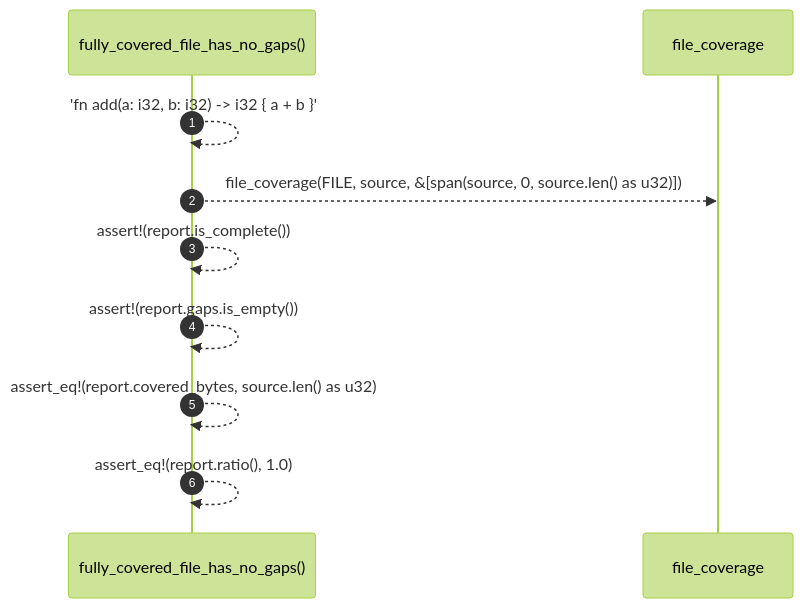
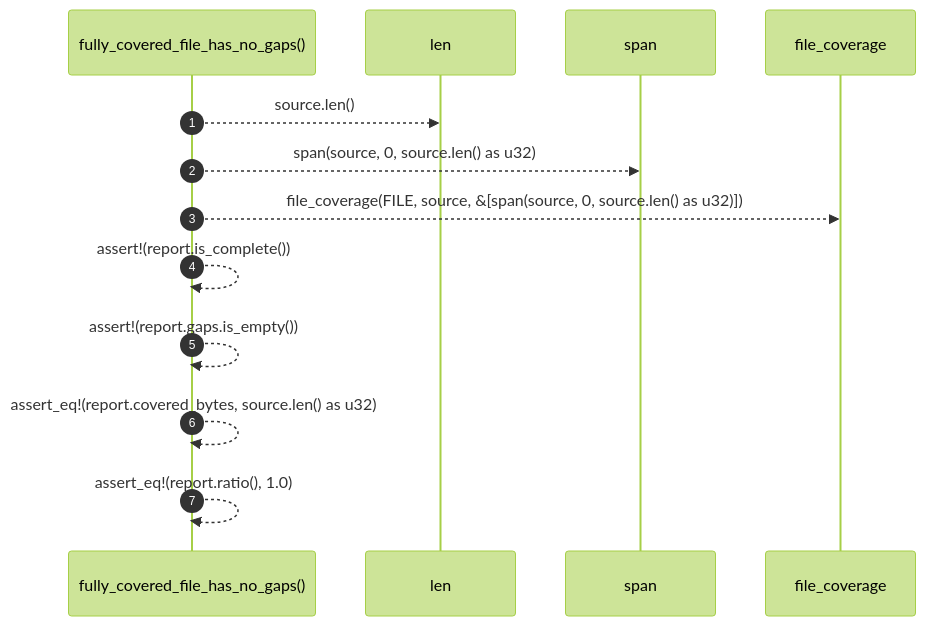
Before and after one commit to RyanGuild/self-describing-code: the diagram in docs/self-model/robby_ir/test_coverage/fully-covered-file-has-no-gaps.md, drawn with Mermaid (forest theme). The commit also changed other lines of this file and 1404 other files, not shown here.

````diff
--- a/docs/self-model/robby_ir/test_coverage/fully-covered-file-has-no-gaps.md
+++ b/docs/self-model/robby_ir/test_coverage/fully-covered-file-has-no-gaps.md
@@ -25,12 +25,15 @@
 ```mermaid
 sequenceDiagram
     autonumber
     participant fully_covered_file_has_no_gaps as fully_covered_file_has_no_gaps()
+    participant len as len
+    participant span as span
     participant file_coverage as file_coverage
-    fully_covered_file_has_no_gaps-->>fully_covered_file_has_no_gaps: 'fn add(a: i32, b: i32) -> i32 { a + b }'
+    fully_covered_file_has_no_gaps-->>len: source.len()
+    fully_covered_file_has_no_gaps-->>span: span(source, 0, source.len() as u32)
     fully_covered_file_has_no_gaps-->>file_coverage: file_coverage(FILE, source, &[span(source, 0, source.len() as u32)])
     fully_covered_file_has_no_gaps-->>fully_covered_file_has_no_gaps: assert!(report.is_complete())
     fully_covered_file_has_no_gaps-->>fully_covered_file_has_no_gaps: assert!(report.gaps.is_empty())
     fully_covered_file_has_no_gaps-->>fully_covered_file_has_no_gaps: assert_eq!(report.covered_bytes, source.len() as u32)
     fully_covered_file_has_no_gaps-->>fully_covered_file_has_no_gaps: assert_eq!(report.ratio(), 1.0)
 ```
````
